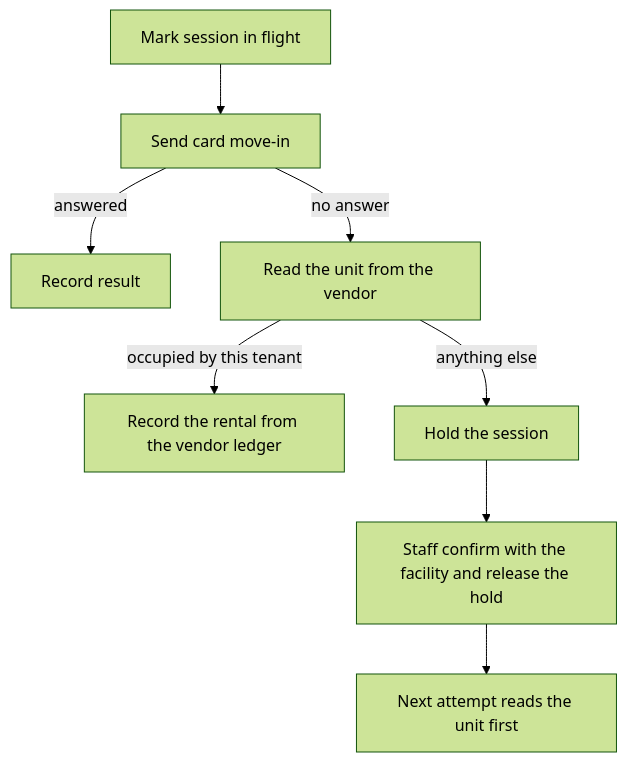
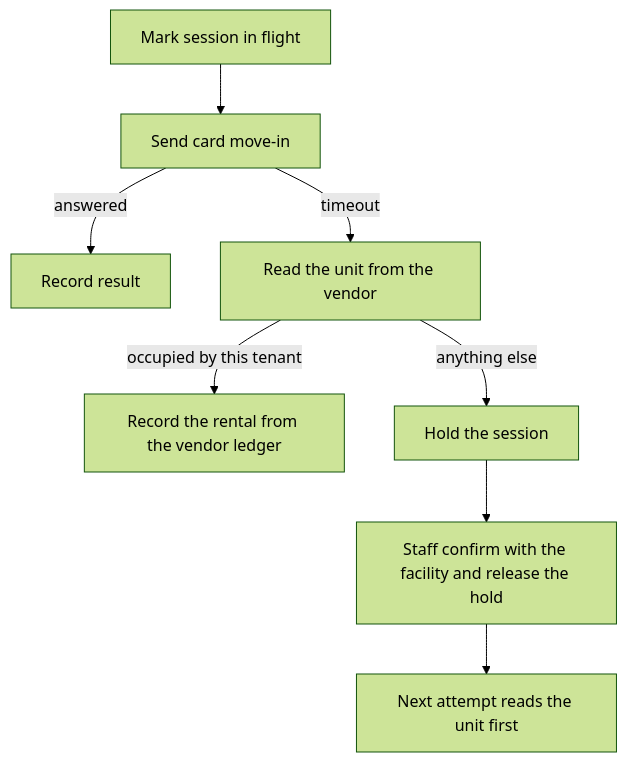
One commit to btweedy2879/engineering-write-ups changed the diagram in vendor-migration.md. Above: the diagram before and after it, drawn with Mermaid (forest theme). The commit also changed other lines of this file and 2 other files, not shown here.

````diff
--- a/vendor-migration.md
+++ b/vendor-migration.md
@@ -34,10 +34,10 @@
 ```mermaid
 flowchart TD
     A[Mark session in flight] --> B[Send card move-in]
     B -->|answered| C[Record result]
-    B -->|no answer| D[Read the unit from the vendor]
+    B -->|timeout| D[Read the unit from the vendor]
     D -->|occupied by this tenant| E[Record the rental from the vendor ledger]
     D -->|anything else| F[Hold the session]
     F --> G[Staff confirm with the facility and release the hold]
     G --> H[Next attempt reads the unit first]
 ```
````
